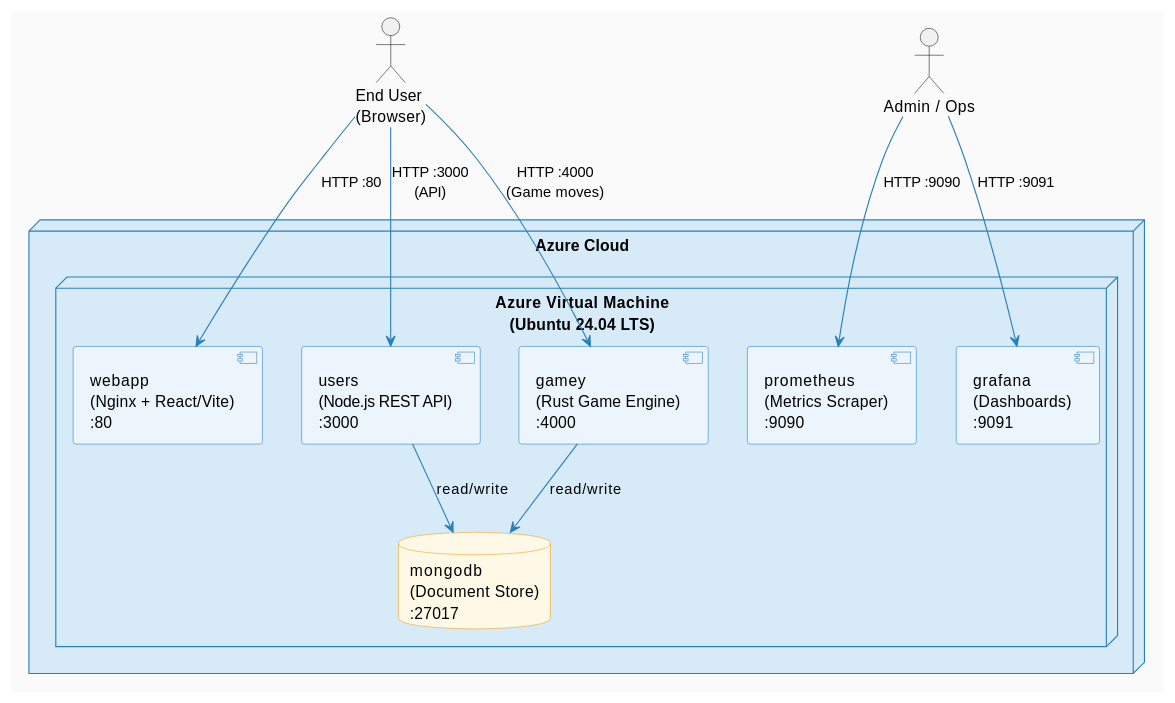
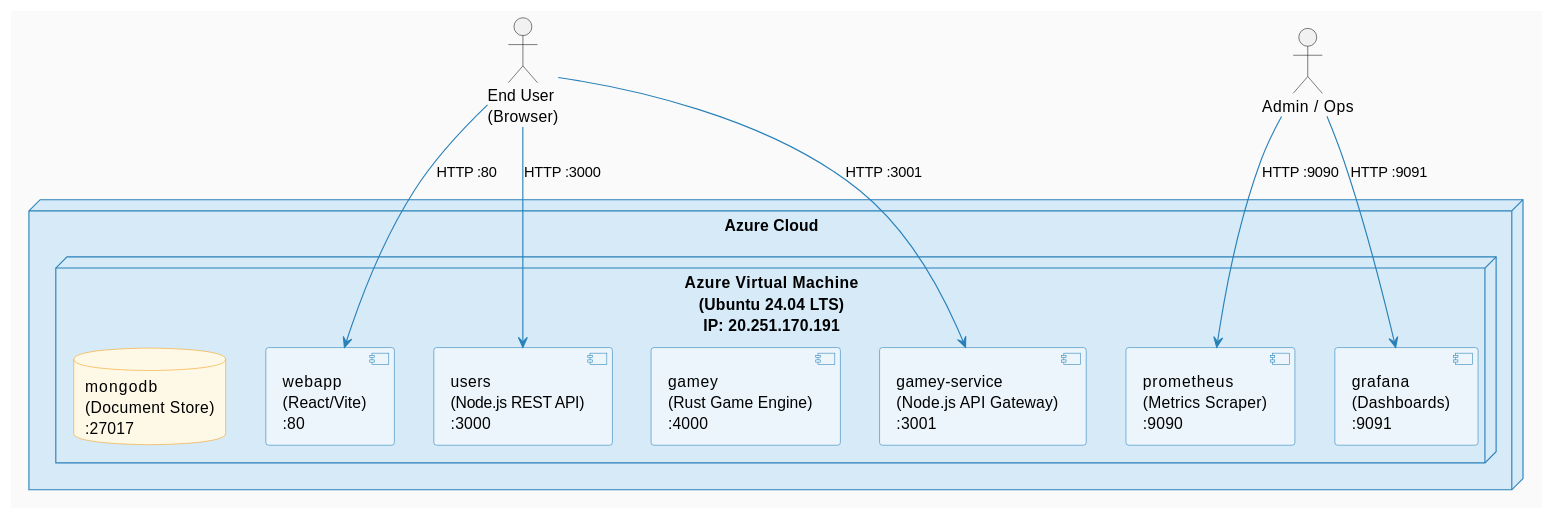
Before and after one commit to Arquisoft/yovi_en1a: the first of 3 diagrams in docs/src/07_deployment_view.adoc, drawn with PlantUML. The commit also changed other lines of this file and 2 other files, not shown here.

```diff
--- a/docs/src/07_deployment_view.adoc
+++ b/docs/src/07_deployment_view.adoc
@@ -10,46 +10,44 @@
 [plantuml, level1-whitebox, svg]
 ----
 @startuml
 skinparam backgroundColor #FAFAFA
 skinparam node {
   BackgroundColor #D6EAF8
   BorderColor #2980B9
   FontStyle bold
 }
 skinparam component {
   BackgroundColor #EBF5FB
   BorderColor #2980B9
 }
 skinparam database {
   BackgroundColor #FEF9E7
   BorderColor #F39C12
 }
 skinparam ArrowColor #2980B9
 
 node "Azure Cloud" {
-  node "Azure Virtual Machine\n(Ubuntu 24.04 LTS)" as vm {
+  node "Azure Virtual Machine\n(Ubuntu 24.04 LTS)\nIP: 20.251.170.191" as vm {
 
-    component "webapp\n(Nginx + React/Vite)\n:80" as webapp
+    component "webapp\n(React/Vite)\n:80" as webapp
     component "users\n(Node.js REST API)\n:3000" as users
+    component "gamey-service\n(Node.js API Gateway)\n:3001" as gameyapi
     component "gamey\n(Rust Game Engine)\n:4000" as gamey
     component "prometheus\n(Metrics Scraper)\n:9090" as prometheus
     component "grafana\n(Dashboards)\n:9091" as grafana
     database  "mongodb\n(Document Store)\n:27017" as mongodb
 
   }
 }
 
 actor "End User\n(Browser)" as user
 actor "Admin / Ops" as admin
 
 user  --> webapp      : HTTP :80
-user  --> users       : HTTP :3000\n(API)
-user  --> gamey       : HTTP :4000\n(Game moves)
+user  --> users       : HTTP :3000
+user  --> gameyapi    : HTTP :3001
 admin --> prometheus  : HTTP :9090
 admin --> grafana     : HTTP :9091
 
-users --> mongodb     : read/write
-gamey --> mongodb     : read/write
-
 @enduml
 ----
```
